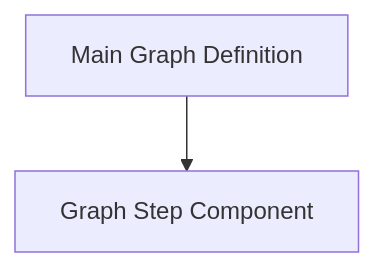
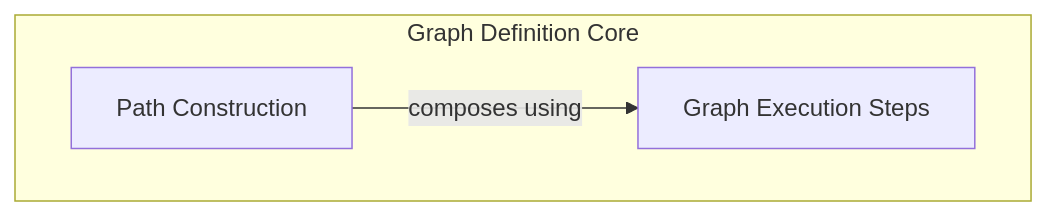
One commit to ShreyasPatel031/atelier changed the diagram in demo/repos/pydantic-ai/graph_structure_definition.md. Above: the diagram before and after it, drawn with Mermaid. The commit also changed other lines of this file and 2700 other files, not shown here.

First line of the commit message:
Demo viewer: six curated repos, Pydantic bundle swap, Mermaid styling

````diff
--- a/demo/repos/pydantic-ai/graph_structure_definition.md
+++ b/demo/repos/pydantic-ai/graph_structure_definition.md
@@ -39,10 +30,12 @@
 ```mermaid
-graph TD
-    graph_definition_main[Main Graph Definition]
-    graph_step_component[Graph Step Component]
+flowchart TD
+    subgraph graph_definition["Graph Definition Core"]
+        path_construction["Path Construction"]
+        graph_execution_steps["Graph Execution Steps"]
+    end
 
-    graph_definition_main --> graph_step_component
+    path_construction -->|"composes using"| graph_execution_steps
 
-    click graph_definition_main "graph_definition_main.md" "View Main Graph Definition Documentation"
-    click graph_step_component "graph_step_component.md" "View Graph Step Component Documentation"
+    click path_construction "path_construction.md" "View Path Construction Documentation"
+    click graph_execution_steps "graph_execution_steps.md" "View Graph Execution Steps Documentation"
 ```
````
